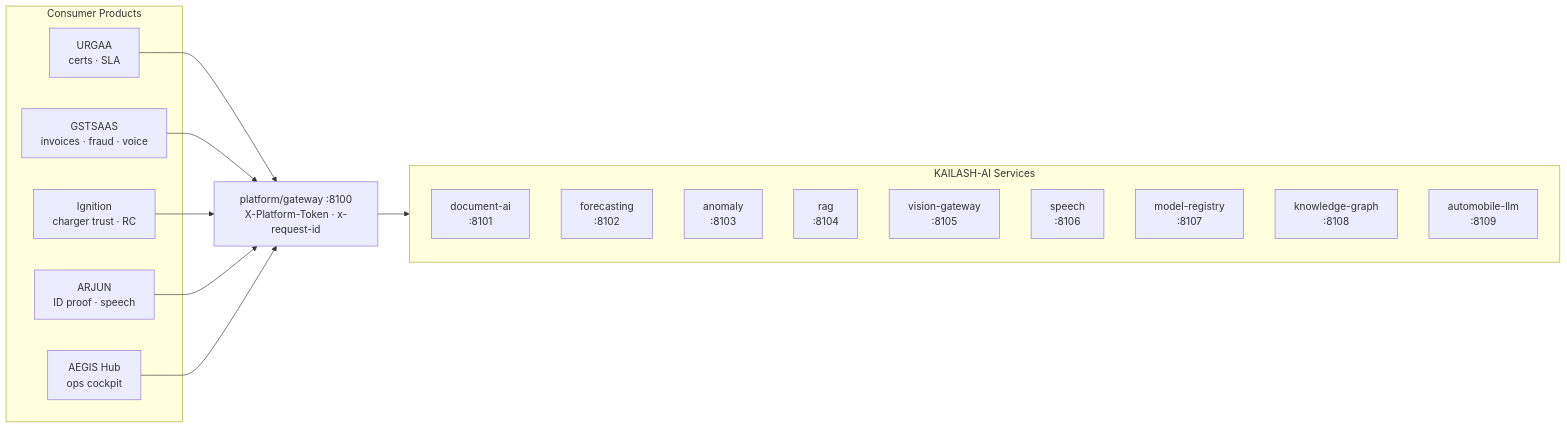
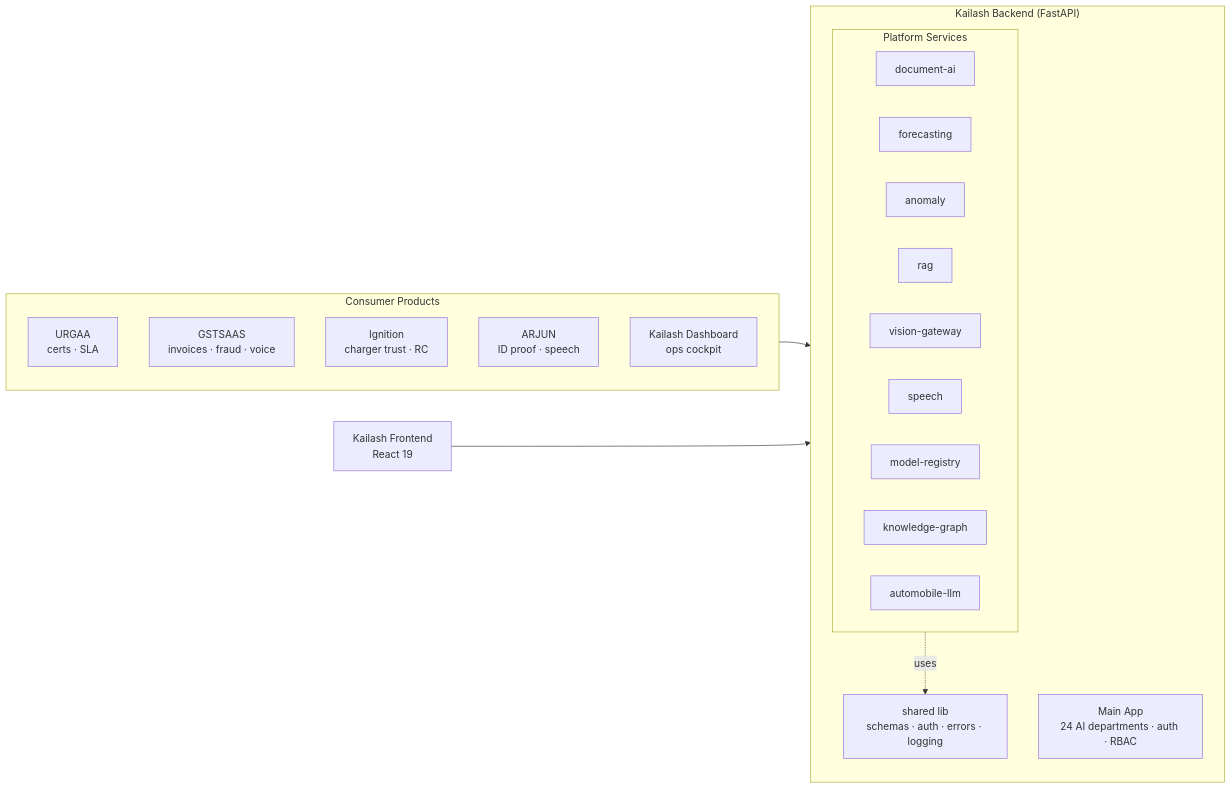
The diagram in README.md (flywithvvk/kailash), drawn with Mermaid before and after one commit. The commit also changed other lines of this file and 1315 other files, not shown here.

First line of the commit message:
refactor: consolidate into single backend and single frontend

````diff
--- a/README.md
+++ b/README.md
@@ -56,31 +41,32 @@
 ```mermaid
 flowchart LR
   subgraph Consumers["Consumer Products"]
     URGAA[URGAA<br/>certs · SLA]
     GST[GSTSAAS<br/>invoices · fraud · voice]
     IGN[Ignition<br/>charger trust · RC]
     ARJ[ARJUN<br/>ID proof · speech]
-    AEGIS[AEGIS Hub<br/>ops cockpit]
+    DASH[Kailash Dashboard<br/>ops cockpit]
   end
 
-  GW["platform/gateway :8100<br/>X-Platform-Token · x-request-id"]
-
-  subgraph Services["KAILASH-AI Services"]
-    DOC[document-ai<br/>:8101]
-    FC[forecasting<br/>:8102]
-    AN[anomaly<br/>:8103]
-    RAG[rag<br/>:8104]
-    VG[vision-gateway<br/>:8105]
-    SP[speech<br/>:8106]
-    MR[model-registry<br/>:8107]
-    KG[knowledge-graph<br/>:8108]
-    LLM[automobile-llm<br/>:8109]
+  subgraph Backend["Kailash Backend (FastAPI)"]
+    APP[Main App<br/>24 AI departments · auth · RBAC]
+    subgraph Platform["Platform Services"]
+      DOC[document-ai]
+      FC[forecasting]
+      AN[anomaly]
+      RAG[rag]
+      VG[vision-gateway]
+      SP[speech]
+      MR[model-registry]
+      KG[knowledge-graph]
+      LLM[automobile-llm]
+    end
+    SHARED[shared lib<br/>schemas · auth · errors · logging]
   end
 
-  URGAA --> GW
-  GST --> GW
-  IGN --> GW
-  ARJ --> GW
-  AEGIS --> GW
-  GW --> Services
+  FRONTEND[Kailash Frontend<br/>React 19]
+
+  Consumers --> Backend
+  FRONTEND --> Backend
+  Platform -.uses.-> SHARED
 ```
````
